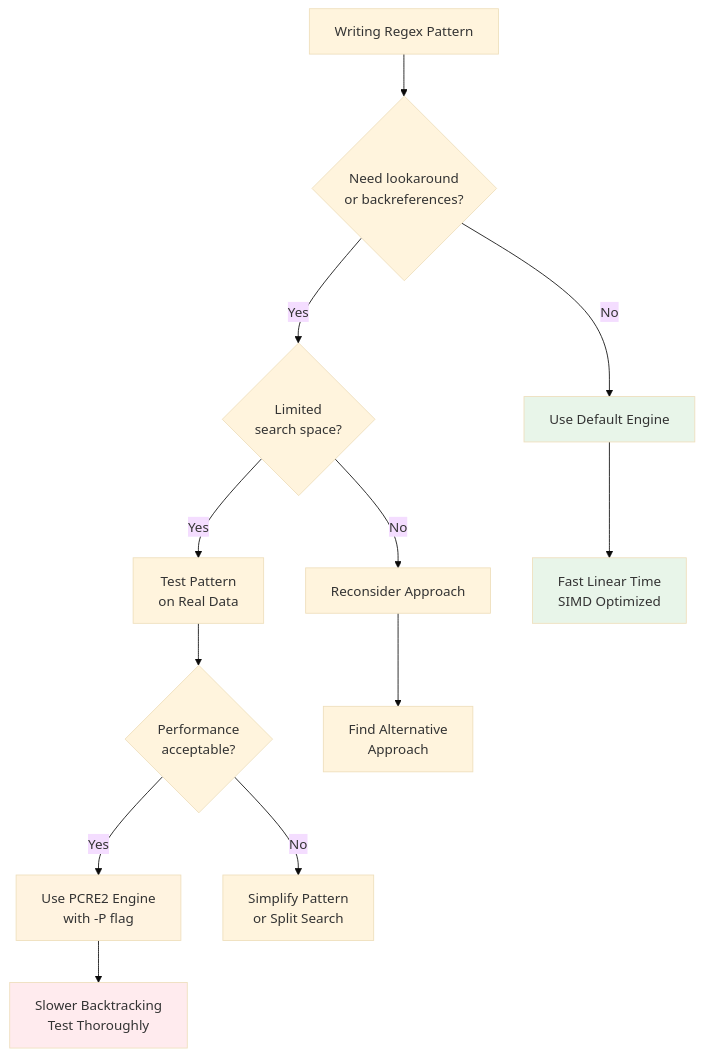
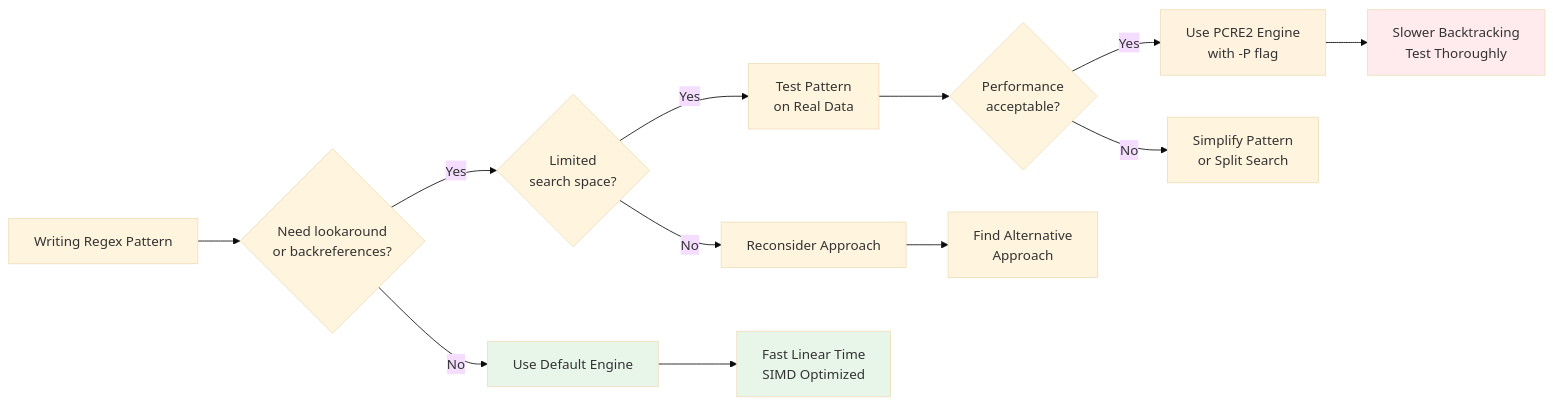
Before and after one commit to iepathos/ripgrep: the first of 2 diagrams in docs/advanced-patterns/performance.md, drawn with Mermaid (base theme). The commit also changed 16 other files, not shown here.

First line of the commit message:
fix: improve Mermaid diagram readability by converting to horizontal layout

````diff
--- a/docs/advanced-patterns/performance.md
+++ b/docs/advanced-patterns/performance.md
@@ -49,33 +49,33 @@
 ```mermaid
-flowchart TD
+flowchart LR
     Start[Writing Regex Pattern] --> NeedFeature{"Need lookaround
 or backreferences?"}
 
     NeedFeature -->|No| Default[Use Default Engine]
     NeedFeature -->|Yes| TestSize{"Limited
 search space?"}
 
     TestSize -->|Yes| TestPattern["Test Pattern
 on Real Data"]
     TestSize -->|No| Rethink[Reconsider Approach]
 
     TestPattern --> Acceptable{"Performance
 acceptable?"}
     Acceptable -->|Yes| UsePCRE2["Use PCRE2 Engine
 with -P flag"]
     Acceptable -->|No| Simplify["Simplify Pattern
 or Split Search"]
 
     Rethink --> Alternative["Find Alternative
 Approach"]
 
     Default --> Fast["Fast Linear Time
 SIMD Optimized"]
     UsePCRE2 --> Slower["Slower Backtracking
 Test Thoroughly"]
 
     style Default fill:#e8f5e9
     style UsePCRE2 fill:#fff3e0
     style Fast fill:#e8f5e9
     style Slower fill:#ffebee
 ```
````
